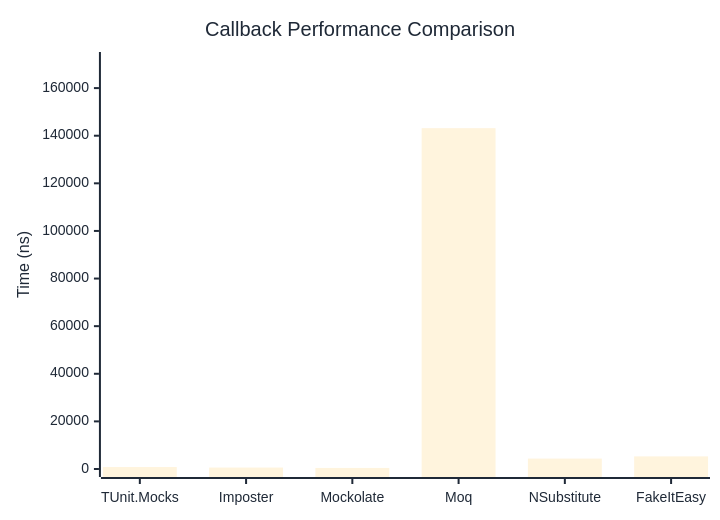
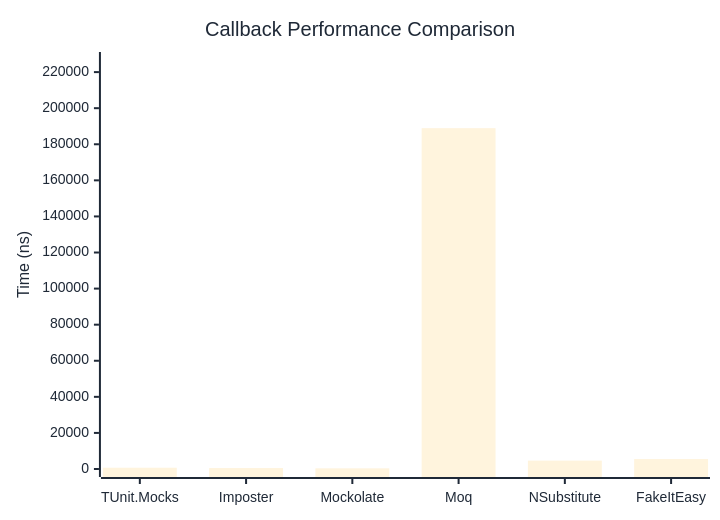
The first of 2 diagrams in docs/docs/benchmarks/mocks/Callback.md (thomhurst/TUnit), drawn with Mermaid before and after one commit. The commit also changed other lines of this file and 14 other files, not shown here.

````diff
--- a/docs/docs/benchmarks/mocks/Callback.md
+++ b/docs/docs/benchmarks/mocks/Callback.md
@@ -30,27 +30,27 @@
 ```mermaid
 %%{init: {
   'theme':'base',
   'themeVariables': {
     'primaryColor': '#2563eb',
     'primaryTextColor': '#1f2937',
     'primaryBorderColor': '#1e40af',
     'lineColor': '#6b7280',
     'secondaryColor': '#7c3aed',
     'tertiaryColor': '#dc2626',
     'background': '#ffffff',
     'pie1': '#2563eb',
     'pie2': '#7c3aed',
     'pie3': '#dc2626',
     'pie4': '#f59e0b',
     'pie5': '#10b981',
     'pie6': '#06b6d4',
     'pie7': '#ec4899',
     'pie8': '#6366f1'
   }
 }}%%
 xychart-beta
   title "Callback Performance Comparison"
   x-axis ["TUnit.Mocks", "Imposter", "Mockolate", "Moq", "NSubstitute", "FakeItEasy"]
-  y-axis "Time (ns)" 0 --> 171804
-  bar [821.8, 605.9, 447.1, 143169.5, 4376.7, 5295.8]
+  y-axis "Time (ns)" 0 --> 226711
+  bar [703.4, 524.9, 369.7, 188925.4, 4645.7, 5510.5]
 ```
````
